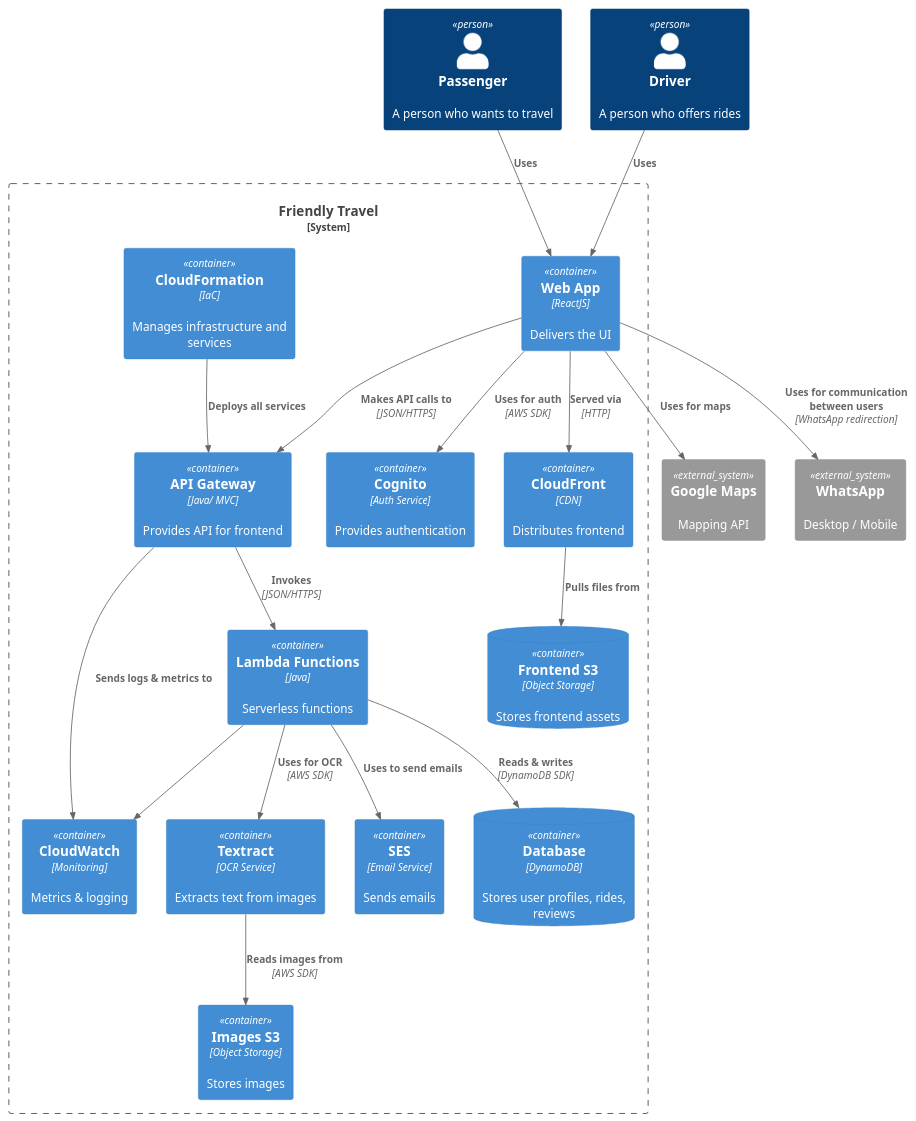
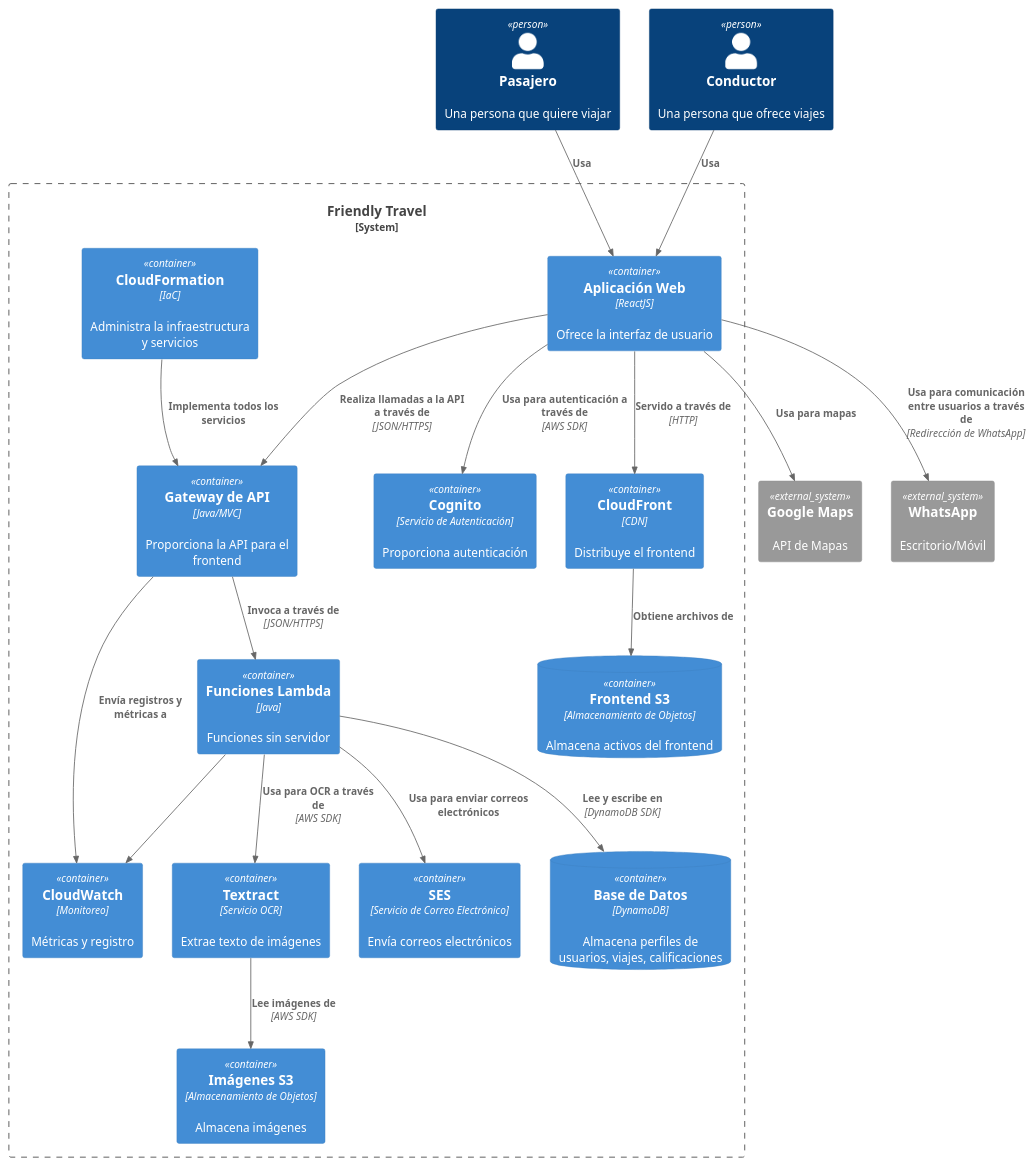
Before and after one commit to rodrisu/friendlytravel.github.io: the diagram in Diagrams/C4_Container.puml, drawn with PlantUML. The commit also changed 1 other file, not shown here.

Commit message:
se traducen diagramas C4 y simplifica el de contexto

```diff
--- a/Diagrams/C4_Container.puml
+++ b/Diagrams/C4_Container.puml
@@ -1,69 +1,69 @@
 @startuml FriendlyTravel_Container
 
 !include https://raw.githubusercontent.com/plantuml-stdlib/C4-PlantUML/master/C4_Container.puml
 
-Person(passenger, "Passenger", "A person who wants to travel")
-Person(driver, "Driver", "A person who offers rides")
+Person(pasajero, "Pasajero", "Una persona que quiere viajar")
+Person(conductor, "Conductor", "Una persona que ofrece viajes")
 
 System_Boundary(c1, "Friendly Travel") {
 
-    ContainerDb(frontend_s3, "Frontend S3", "Object Storage", "Stores frontend assets")
+    ContainerDb(frontend_s3, "Frontend S3", "Almacenamiento de Objetos", "Almacena activos del frontend")
 
-    Container(cloudfront, "CloudFront", "CDN", "Distributes frontend")
+    Container(cloudfront, "CloudFront", "CDN", "Distribuye el frontend")
 
-    Container(web_app, "Web App", "ReactJS", "Delivers the UI")
+    Container(web_app, "Aplicación Web", "ReactJS", "Ofrece la interfaz de usuario")
 
-    Container(api, "API Gateway", "Java/ MVC", "Provides API for frontend")
+    Container(api, "Gateway de API", "Java/MVC", "Proporciona la API para el frontend")
 
-    ContainerDb(db, "Database", "DynamoDB", "Stores user profiles, rides, reviews")
+    ContainerDb(db, "Base de Datos", "DynamoDB", "Almacena perfiles de usuarios, viajes, calificaciones")
 
-    Container(lambda, "Lambda Functions", "Java", "Serverless functions")
+    Container(lambda, "Funciones Lambda", "Java", "Funciones sin servidor")
 
-    Container(textract, "Textract", "OCR Service", "Extracts text from images")
+    Container(textract, "Textract", "Servicio OCR", "Extrae texto de imágenes")
 
-    Container(images_s3, "Images S3", "Object Storage", "Stores images")
+    Container(images_s3, "Imágenes S3", "Almacenamiento de Objetos", "Almacena imágenes")
 
-    Container(cognito, "Cognito", "Auth Service", "Provides authentication")
+    Container(cognito, "Cognito", "Servicio de Autenticación", "Proporciona autenticación")
 
-    Container(cloudwatch, "CloudWatch", "Monitoring", "Metrics & logging")
+    Container(cloudwatch, "CloudWatch", "Monitoreo", "Métricas y registro")
 
-    Container(ses, "SES", "Email Service", "Sends emails")
+    Container(ses, "SES", "Servicio de Correo Electrónico", "Envía correos electrónicos")
 
-    Container(cloudformation, "CloudFormation", "IaC", "Manages infrastructure and services")
+    Container(cloudformation, "CloudFormation", "IaC", "Administra la infraestructura y servicios")
 
-    Rel(web_app, cloudfront, "Served via", "HTTP")
+    Rel(web_app, cloudfront, "Servido a través de", "HTTP")
 
-    Rel(cloudfront, frontend_s3, "Pulls files from")
+    Rel(cloudfront, frontend_s3, "Obtiene archivos de")
 
-    Rel(web_app, api, "Makes API calls to", "JSON/HTTPS")
+    Rel(web_app, api, "Realiza llamadas a la API a través de", "JSON/HTTPS")
 
-    Rel(web_app, cognito, "Uses for auth", "AWS SDK")
+    Rel(web_app, cognito, "Usa para autenticación a través de", "AWS SDK")
 
-    Rel(api, lambda, "Invokes", "JSON/HTTPS")
+    Rel(api, lambda, "Invoca a través de", "JSON/HTTPS")
 
-    Rel(lambda, textract, "Uses for OCR", "AWS SDK")
+    Rel(lambda, textract, "Usa para OCR a través de", "AWS SDK")
 
-    Rel(textract, images_s3, "Reads images from", "AWS SDK")
+    Rel(textract, images_s3, "Lee imágenes de", "AWS SDK")
 
-    Rel(lambda, db, "Reads & writes", "DynamoDB SDK")
+    Rel(lambda, db, "Lee y escribe en", "DynamoDB SDK")
 
     Rel(lambda, cloudwatch, "")
 
-    Rel(api, cloudwatch, "Sends logs & metrics to")
+    Rel(api, cloudwatch, "Envía registros y métricas a")
 
-    Rel(lambda, ses, "Uses to send emails")
+    Rel(lambda, ses, "Usa para enviar correos electrónicos")
 
-    Rel(cloudformation, api, "Deploys all services")
+    Rel(cloudformation, api, "Implementa todos los servicios")
 
 }
 
-System_Ext(googlemaps, "Google Maps", "Mapping API")
-System_Ext(whatsapp, "WhatsApp", "Desktop / Mobile")
+System_Ext(googlemaps, "Google Maps", "API de Mapas")
+System_Ext(whatsapp, "WhatsApp", "Escritorio/Móvil")
 
-Rel(web_app, googlemaps, "Uses for maps")
-Rel(web_app, whatsapp, "Uses for communication between users", "WhatsApp redirection")
+Rel(web_app, googlemaps, "Usa para mapas")
+Rel(web_app, whatsapp, "Usa para comunicación entre usuarios a través de", "Redirección de WhatsApp")
 
-Rel(passenger, web_app, "Uses")
-Rel(driver, web_app, "Uses")
+Rel(pasajero, web_app, "Usa")
+Rel(conductor, web_app, "Usa")
 
 @enduml
```
